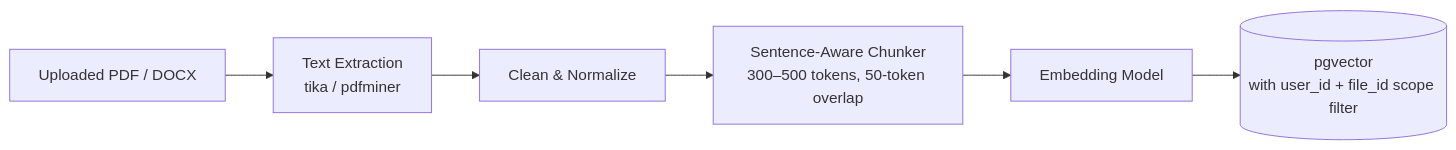
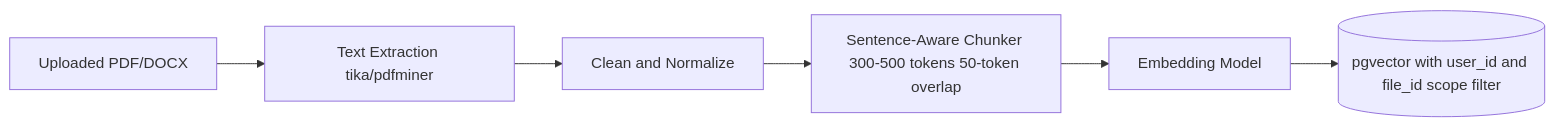
Before and after one commit to 2635088459/CouncilBI-A-Governed-Multi-Agent-Platform-for-Enterprise-Decision-Intelligence: the second of 3 diagrams in system_design/final-version/en/10-user-file-upload-and-hybrid-analysis.en.md, drawn with Mermaid. The commit also changed other lines of this file and 178 other files, not shown here.

````diff
--- a/system_design/final-version/en/10-user-file-upload-and-hybrid-analysis.en.md
+++ b/system_design/final-version/en/10-user-file-upload-and-hybrid-analysis.en.md
@@ -230,8 +230,8 @@
 ```mermaid
 flowchart LR
-    FILE[Uploaded PDF / DOCX] --> EXTRACT[Text Extraction\ntika / pdfminer]
-    EXTRACT --> CLEAN[Clean & Normalize]
-    CLEAN --> CHUNK[Sentence-Aware Chunker\n300–500 tokens, 50-token overlap]
-    CHUNK --> EMB[Embedding Model]
-    EMB --> STORE[(pgvector\nwith user_id + file_id scope filter)]
+    FILE["Uploaded PDF/DOCX"] --> EXTRACT["Text Extraction tika/pdfminer"]
+    EXTRACT --> CLEAN["Clean and Normalize"]
+    CLEAN --> CHUNK["Sentence-Aware Chunker 300-500 tokens 50-token overlap"]
+    CHUNK --> EMB["Embedding Model"]
+    EMB --> STORE[("pgvector with user_id and file_id scope filter")]
 ```
````
